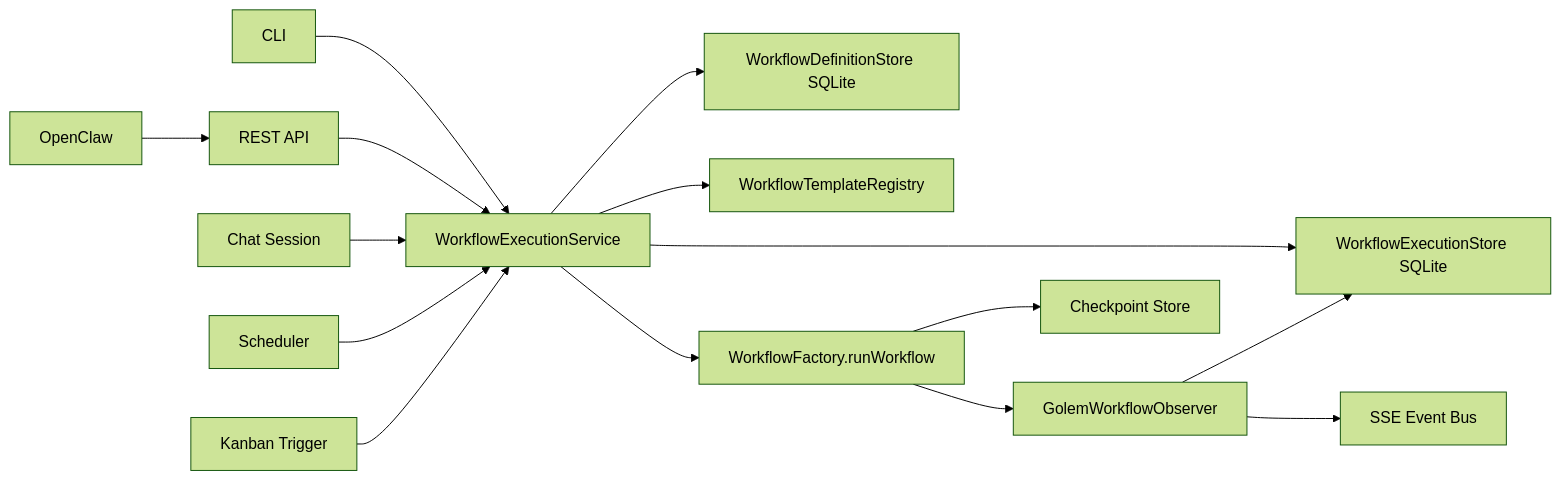
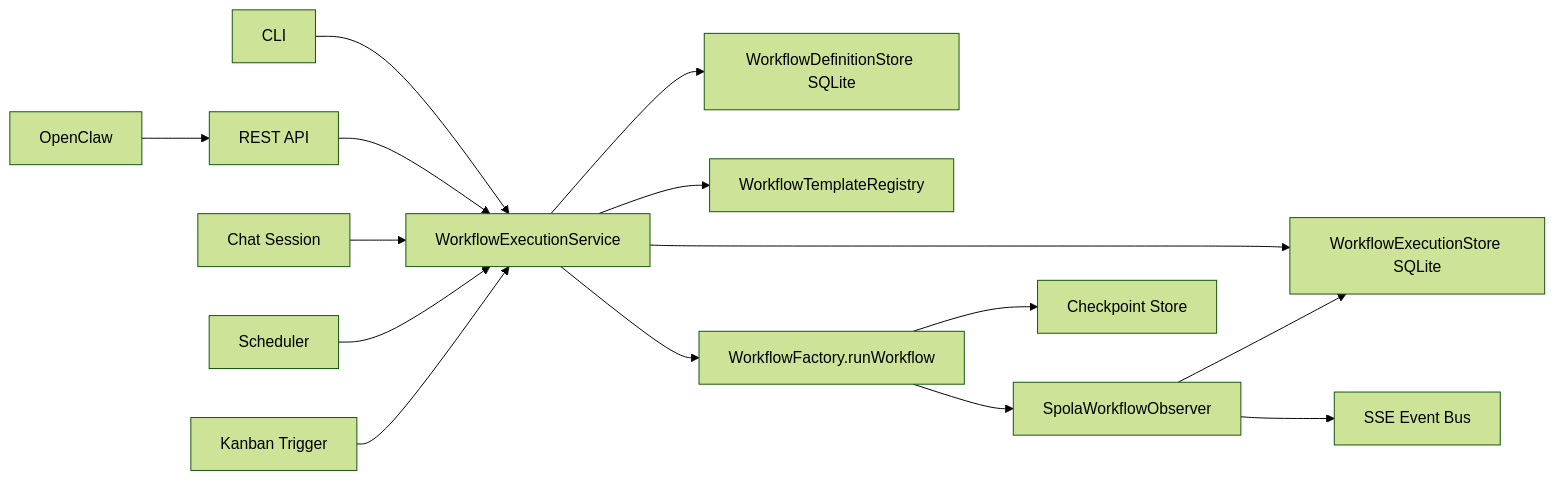
The first of 5 diagrams in spola-backend/docs/workflows/WORKFLOW_SYSTEM_DESIGN_IT.md (GionaGranchelli/spola), drawn with Mermaid (forest theme) before and after one commit. The commit also changed other lines of this file and 432 other files, not shown here.

````diff
--- a/spola-backend/docs/workflows/WORKFLOW_SYSTEM_DESIGN_IT.md
+++ b/spola-backend/docs/workflows/WORKFLOW_SYSTEM_DESIGN_IT.md
@@ -48,25 +48,25 @@
 ```mermaid
 flowchart LR
     CLI[CLI]
     API[REST API]
     CHAT[Chat Session]
     SCHED[Scheduler]
     KANBAN[Kanban Trigger]
     APP[OpenClaw]
 
     CLI --> WES[WorkflowExecutionService]
     API --> WES
     CHAT --> WES
     SCHED --> WES
     KANBAN --> WES
     APP --> API
 
     WES --> DEFSTORE[WorkflowDefinitionStore SQLite]
     WES --> EXESTORE[WorkflowExecutionStore SQLite]
     WES --> REG[WorkflowTemplateRegistry]
     WES --> RUNNER[WorkflowFactory.runWorkflow]
-    RUNNER --> OBS[GolemWorkflowObserver]
+    RUNNER --> OBS[SpolaWorkflowObserver]
     OBS --> SSE[SSE Event Bus]
     OBS --> EXESTORE
     RUNNER --> CKPT[Checkpoint Store]
 ```
````
